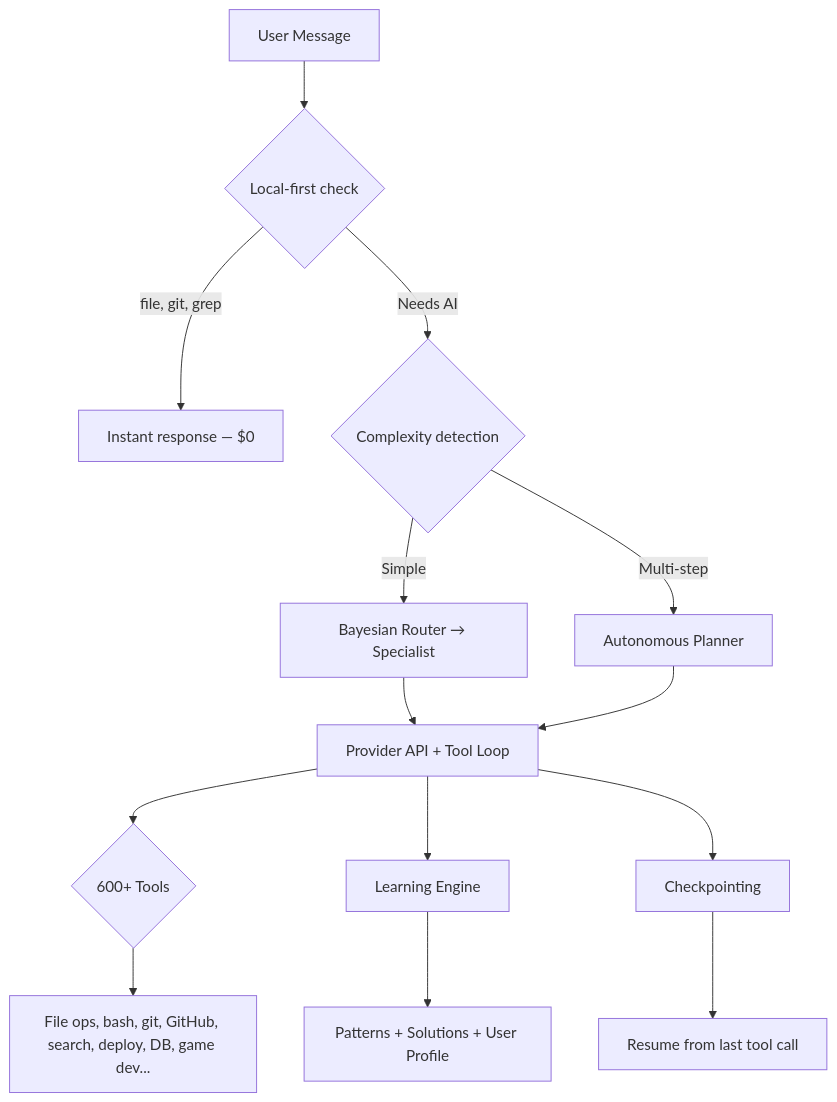
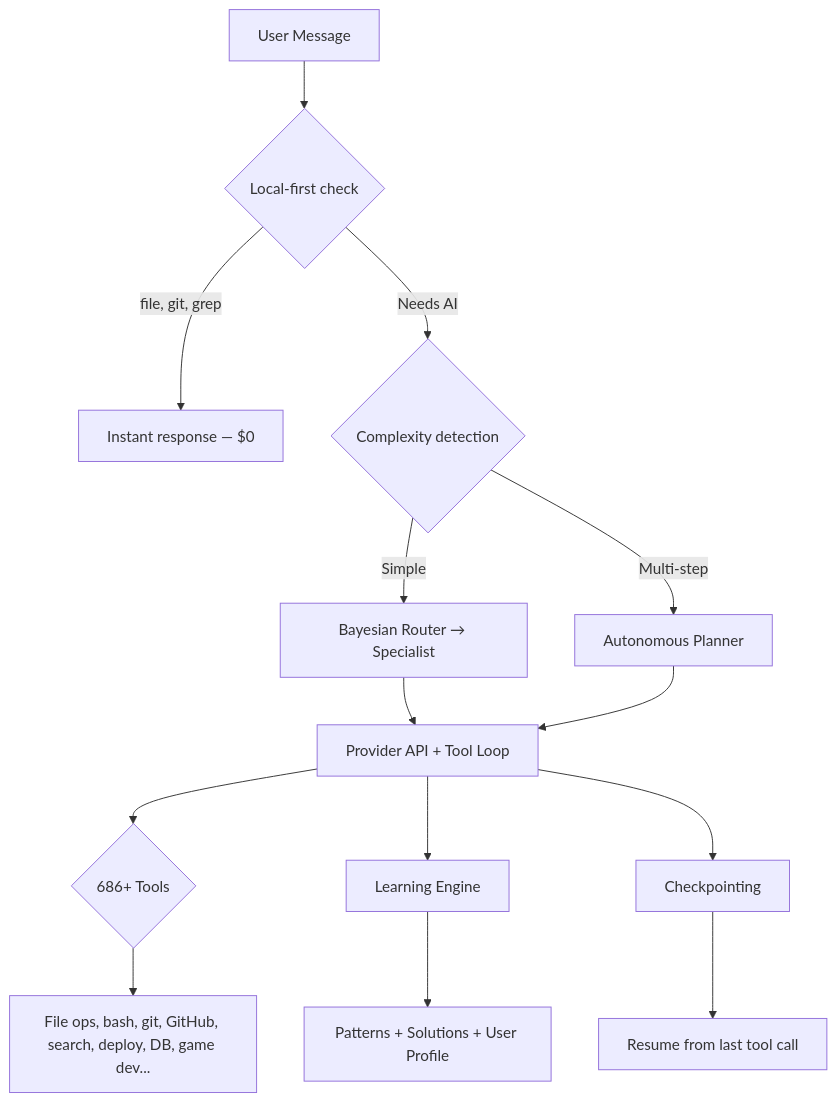
One commit to isaacsight/kernel changed the diagram in packages/kbot/README.md. Above: the diagram before and after it, drawn with Mermaid. The commit also changed other lines of this file and 9 other files, not shown here.

````diff
--- a/packages/kbot/README.md
+++ b/packages/kbot/README.md
@@ -177,16 +204,16 @@
 ```mermaid
 graph TD
     A[User Message] --> B{Local-first check}
     B -->|file, git, grep| C[Instant response — $0]
     B -->|Needs AI| D{Complexity detection}
     D -->|Simple| E[Bayesian Router → Specialist]
     D -->|Multi-step| F[Autonomous Planner]
     E --> G[Provider API + Tool Loop]
     F --> G
-    G --> H{600+ Tools}
+    G --> H{686+ Tools}
     H --> I[File ops, bash, git, GitHub, search, deploy, DB, game dev...]
     G --> J[Learning Engine]
     J --> K[Patterns + Solutions + User Profile]
     G --> L[Checkpointing]
     L --> M[Resume from last tool call]
 ```
````
